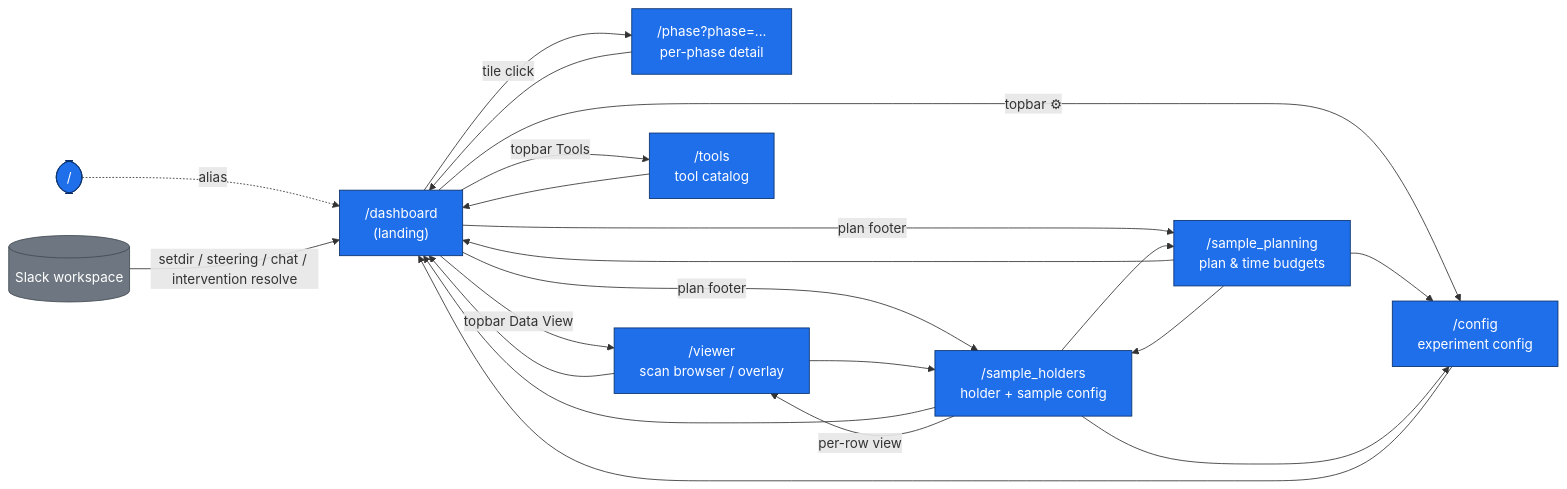
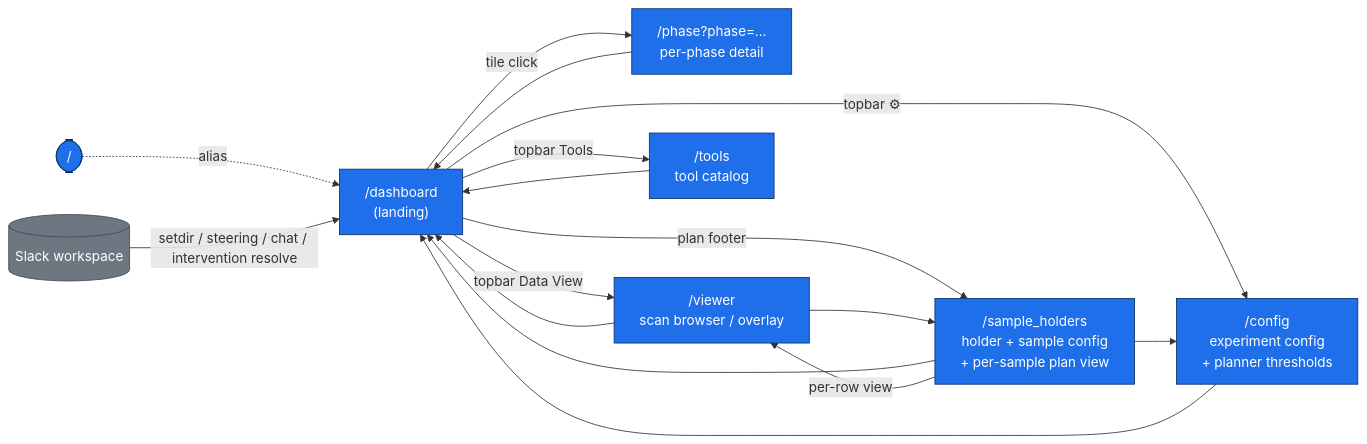
Before and after one commit to deanSLAC/autonomous: the diagram in docs/dependency-graph.md, drawn with Mermaid. The commit also changed other lines of this file and 11 other files, not shown here.

First line of the commit message:
ui: consolidate /sample_planning into /sample_holders

````diff
--- a/docs/dependency-graph.md
+++ b/docs/dependency-graph.md
@@ -26,44 +25,37 @@
 ```mermaid
 flowchart LR
     classDef page fill:#1f6feb,stroke:#0a3069,color:#fff;
     classDef ext fill:#6e7781,stroke:#424a53,color:#fff;
 
     Root(["/"]):::page
     Dashboard["/dashboard<br/>(landing)"]:::page
     Phase["/phase?phase=...<br/>per-phase detail"]:::page
-    Config["/config<br/>experiment config"]:::page
-    Planning["/sample_planning<br/>plan & time budgets"]:::page
-    Holders["/sample_holders<br/>holder + sample config"]:::page
+    Config["/config<br/>experiment config<br/>+ planner thresholds"]:::page
+    Holders["/sample_holders<br/>holder + sample config<br/>+ per-sample plan view"]:::page
     Viewer["/viewer<br/>scan browser / overlay"]:::page
     Tools["/tools<br/>tool catalog"]:::page
 
     Root -.alias.-> Dashboard
 
     Dashboard -->|topbar Tools| Tools
     Dashboard -->|topbar Data View| Viewer
     Dashboard -->|topbar ⚙| Config
-    Dashboard -->|plan footer| Planning
     Dashboard -->|plan footer| Holders
     Dashboard -->|tile click| Phase
 
     Phase --> Dashboard
 
     Config --> Dashboard
 
-    Planning --> Dashboard
-    Planning --> Holders
-    Planning --> Config
-
     Holders --> Dashboard
-    Holders --> Planning
     Holders --> Config
     Holders -->|per-row view| Viewer
 
     Viewer --> Holders
     Viewer --> Dashboard
 
     Tools --> Dashboard
 
     Slack[("Slack workspace")]:::ext
     Slack -->|setdir / steering / chat / intervention resolve| Dashboard
 ```
````
